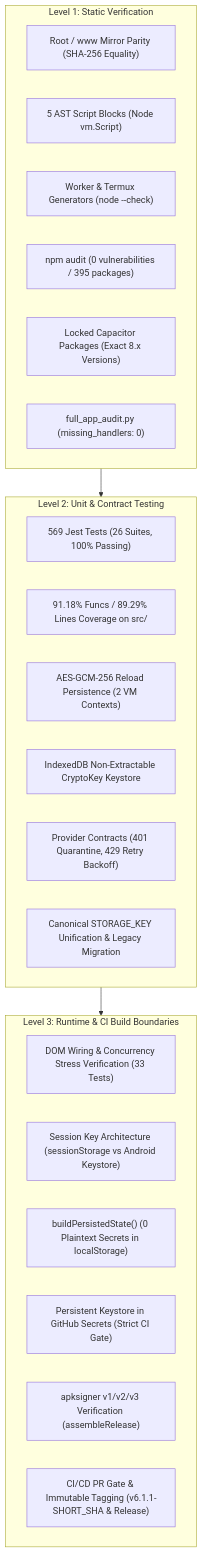
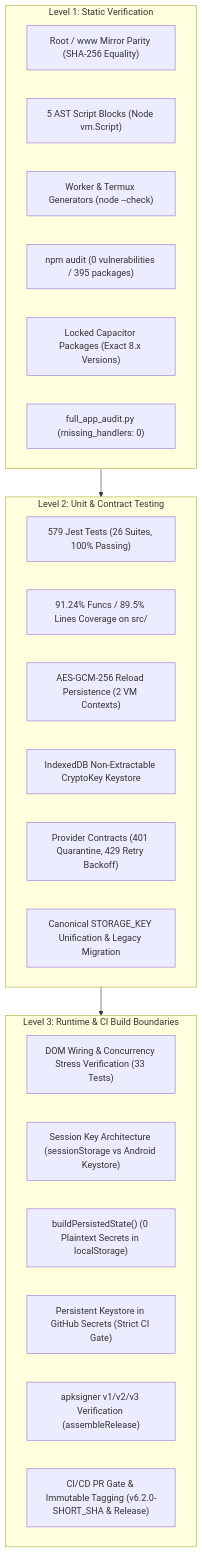
The first of 2 diagrams in AUDIT_REPORT.md (dicardotr46-max/EG-Nexus-OS), drawn with Mermaid before and after one commit. The commit also changed other lines of this file and 29 other files, not shown here.

Commit message:
chore(release): v6.2.0 - Sovereign Local-First Charter, Termux Structured Tools & Keystore Migration

````diff
--- a/AUDIT_REPORT.md
+++ b/AUDIT_REPORT.md
@@ -21,32 +21,32 @@
 ```mermaid
 flowchart TD
     subgraph LEVEL_1["Level 1: Static Verification"]
         PARITY["Root / www Mirror Parity (SHA-256 Equality)"]
         AST["5 AST Script Blocks (Node vm.Script)"]
         TMPL["Worker & Termux Generators (node --check)"]
         NPM["npm audit (0 vulnerabilities / 395 packages)"]
         PINS["Locked Capacitor Packages (Exact 8.x Versions)"]
         PARSER["full_app_audit.py (missing_handlers: 0)"]
     end
 
     subgraph LEVEL_2["Level 2: Unit & Contract Testing"]
-        JEST["569 Jest Tests (26 Suites, 100% Passing)"]
-        COV["91.18% Funcs / 89.29% Lines Coverage on src/"]
+        JEST["579 Jest Tests (26 Suites, 100% Passing)"]
+        COV["91.24% Funcs / 89.5% Lines Coverage on src/"]
         RELOAD["AES-GCM-256 Reload Persistence (2 VM Contexts)"]
         IDB_KEY["IndexedDB Non-Extractable CryptoKey Keystore"]
         PROVIDER["Provider Contracts (401 Quarantine, 429 Retry Backoff)"]
         STORAGE_UNIF["Canonical STORAGE_KEY Unification & Legacy Migration"]
     end
 
     subgraph LEVEL_3["Level 3: Runtime & CI Build Boundaries"]
         DOM_WIRING["DOM Wiring & Concurrency Stress Verification (33 Tests)"]
         SESSION["Session Key Architecture (sessionStorage vs Android Keystore)"]
         STRIP["buildPersistedState() (0 Plaintext Secrets in localStorage)"]
         SECRETS_GATE["Persistent Keystore in GitHub Secrets (Strict CI Gate)"]
         SIGN["apksigner v1/v2/v3 Verification (assembleRelease)"]
-        GATE["CI/CD PR Gate & Immutable Tagging (v6.1.1-SHORT_SHA & Release)"]
+        GATE["CI/CD PR Gate & Immutable Tagging (v6.2.0-SHORT_SHA & Release)"]
     end
 
     LEVEL_1 --> LEVEL_2
     LEVEL_2 --> LEVEL_3
 ```
````
